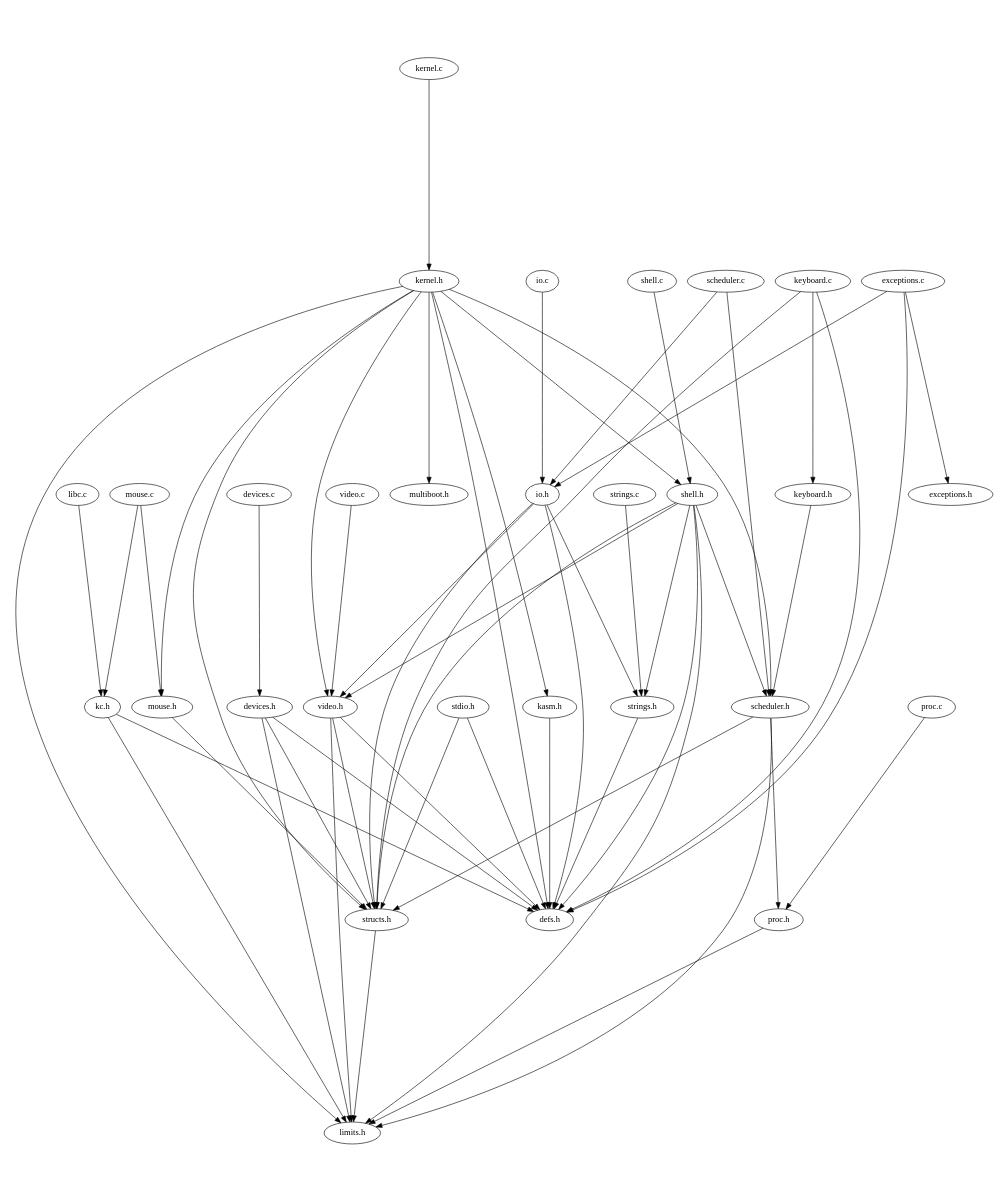
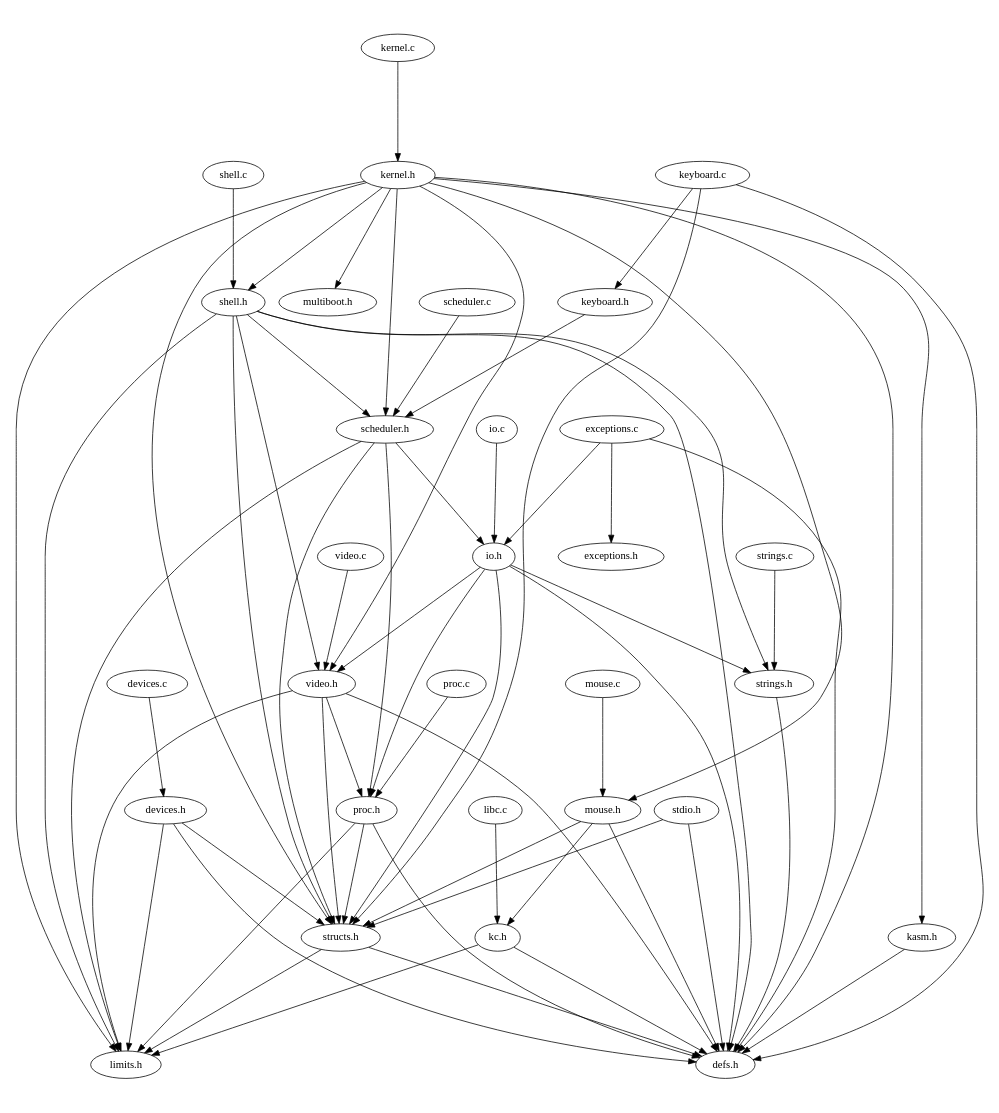
One commit to akarpovsky/SO_TPE changed the diagram in TPE2/algo.dot. Above: the diagram before and after it, drawn with Graphviz. The commit also changed 5 other files, not shown here.

```diff
--- a/TPE2/algo.dot
+++ b/TPE2/algo.dot
@@ -1,64 +1,70 @@
 digraph "source tree" {
     overlap=scale;
     size="8,10";
     ratio="fill";
     fontsize="16";
     fontname="Helvetica";
 	clusterrank="local";
 	"video.c" -> "video.h"
 	"kernel.h" -> "structs.h"
 	"io.c" -> "io.h"
+	"mouse.h" -> "kc.h"
 	"mouse.h" -> "structs.h"
 	"kernel.h" -> "limits.h"
 	"kernel.h" -> "shell.h"
 	"shell.h" -> "structs.h"
 	"kernel.h" -> "video.h"
 	"structs.h" -> "limits.h"
 	"libc.c" -> "kc.h"
 	"keyboard.h" -> "scheduler.h"
 	"exceptions.c" -> "io.h"
 	"shell.h" -> "defs.h"
 	"shell.h" -> "strings.h"
 	"shell.h" -> "limits.h"
 	"scheduler.h" -> "structs.h"
 	"keyboard.c" -> "keyboard.h"
 	"exceptions.c" -> "defs.h"
 	"proc.h" -> "limits.h"
 	"kernel.c" -> "kernel.h"
 	"shell.h" -> "video.h"
 	"mouse.c" -> "mouse.h"
+	"video.h" -> "proc.h"
 	"strings.h" -> "defs.h"
 	"io.h" -> "video.h"
-	"mouse.c" -> "kc.h"
 	"scheduler.h" -> "limits.h"
 	"scheduler.c" -> "scheduler.h"
+	"structs.h" -> "defs.h"
 	"keyboard.c" -> "structs.h"
 	"scheduler.h" -> "proc.h"
 	"keyboard.c" -> "defs.h"
+	"mouse.h" -> "defs.h"
 	"io.h" -> "defs.h"
 	"devices.c" -> "devices.h"
-	"scheduler.c" -> "io.h"
 	"devices.h" -> "structs.h"
 	"exceptions.c" -> "exceptions.h"
 	"strings.c" -> "strings.h"
 	"video.h" -> "structs.h"
 	"proc.c" -> "proc.h"
 	"kernel.h" -> "mouse.h"
 	"shell.h" -> "scheduler.h"
 	"shell.c" -> "shell.h"
 	"stdio.h" -> "structs.h"
 	"kernel.h" -> "multiboot.h"
+	"proc.h" -> "defs.h"
+	"proc.h" -> "structs.h"
 	"kernel.h" -> "scheduler.h"
 	"devices.h" -> "defs.h"
 	"kernel.h" -> "defs.h"
+	"io.h" -> "proc.h"
 	"video.h" -> "defs.h"
 	"io.h" -> "strings.h"
 	"devices.h" -> "limits.h"
+	"scheduler.h" -> "io.h"
 	"kc.h" -> "defs.h"
 	"kasm.h" -> "defs.h"
 	"video.h" -> "limits.h"
 	"io.h" -> "structs.h"
 	"kc.h" -> "limits.h"
+	"stdio.h" -> "defs.h"
 	"kernel.h" -> "kasm.h"
-	"stdio.h" -> "defs.h"
 }
```
